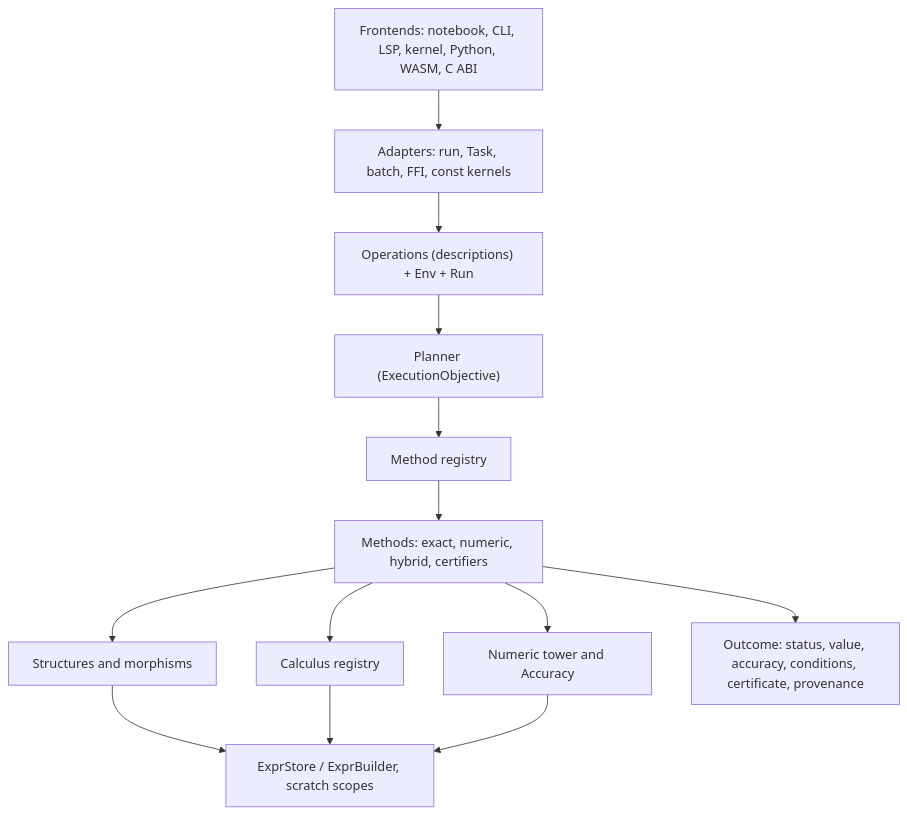
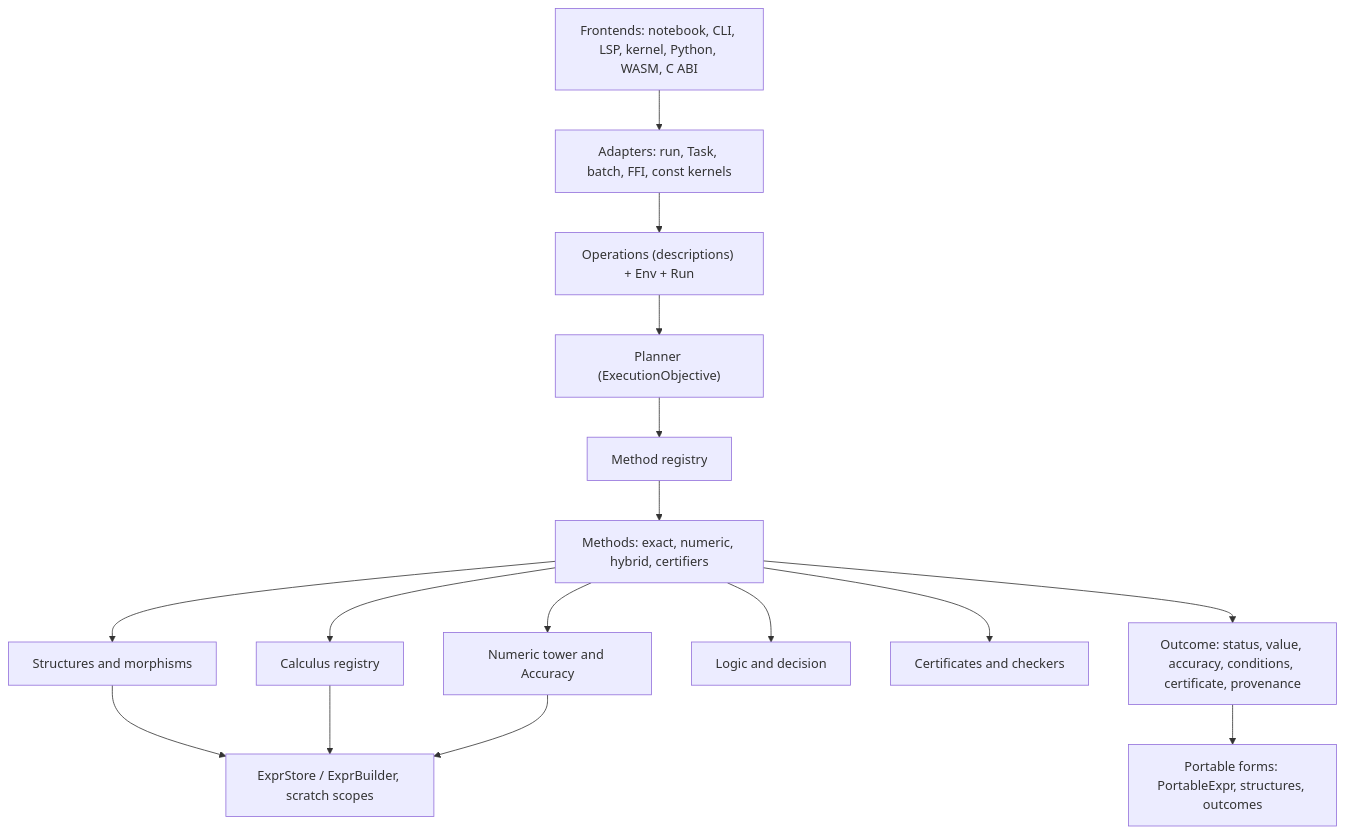
The second of 2 diagrams in docs/DESIGN.md (Spodeian/algebra-engine), drawn with Mermaid before and after one commit. The commit also changed other lines of this file, not shown here.

````diff
--- a/docs/DESIGN.md
+++ b/docs/DESIGN.md
@@ -303,15 +326,18 @@
 ```mermaid
 graph TD
     fe["Frontends: notebook, CLI, LSP, kernel, Python, WASM, C ABI"] --> ad["Adapters: run, Task, batch, FFI, const kernels"]
     ad --> ops["Operations (descriptions) + Env + Run"]
     ops --> plan["Planner (ExecutionObjective)"]
     plan --> reg["Method registry"]
     reg --> m["Methods: exact, numeric, hybrid, certifiers"]
     m --> st["Structures and morphisms"]
     m --> calc["Calculus registry"]
     m --> num["Numeric tower and Accuracy"]
     st --> store["ExprStore / ExprBuilder, scratch scopes"]
     calc --> store
     num --> store
+    m --> logic["Logic and decision"]
+    m --> cert["Certificates and checkers"]
     m --> out["Outcome: status, value, accuracy, conditions, certificate, provenance"]
+    out --> port["Portable forms: PortableExpr, structures, outcomes"]
 ```
````
